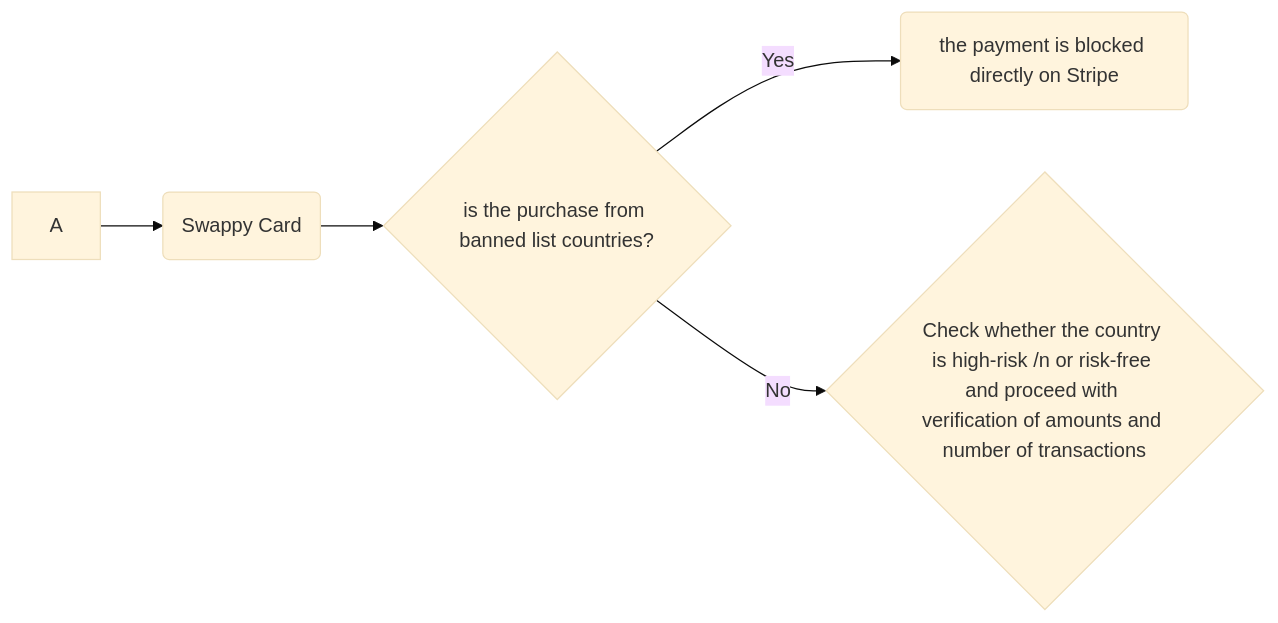
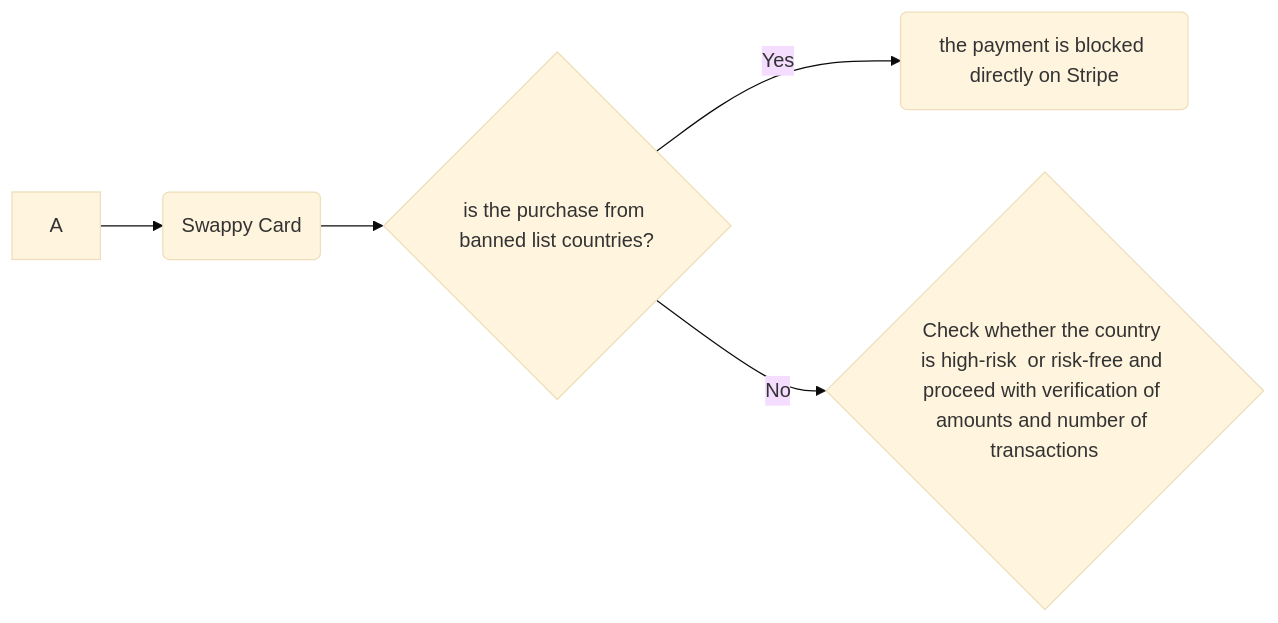
The diagram in swappyCard/readme.md (ForintFinance/Swappy), drawn with Mermaid (base theme) before and after one commit.

````diff
--- a/swappyCard/readme.md
+++ b/swappyCard/readme.md
@@ -16,7 +16,7 @@
 ```mermaid
 graph LR
 A --> B(Swappy Card)
 B --> C{is the purchase from banned list countries?}
 C -- Yes --> D(the payment is blocked directly on Stripe)
-C -- No --> E{Check whether the country is high-risk /n or risk-free and proceed with verification of amounts and number of transactions}
+C -- No --> E{Check whether the country is high-risk </n> or risk-free and proceed with verification of amounts and number of transactions}
 ```
````
